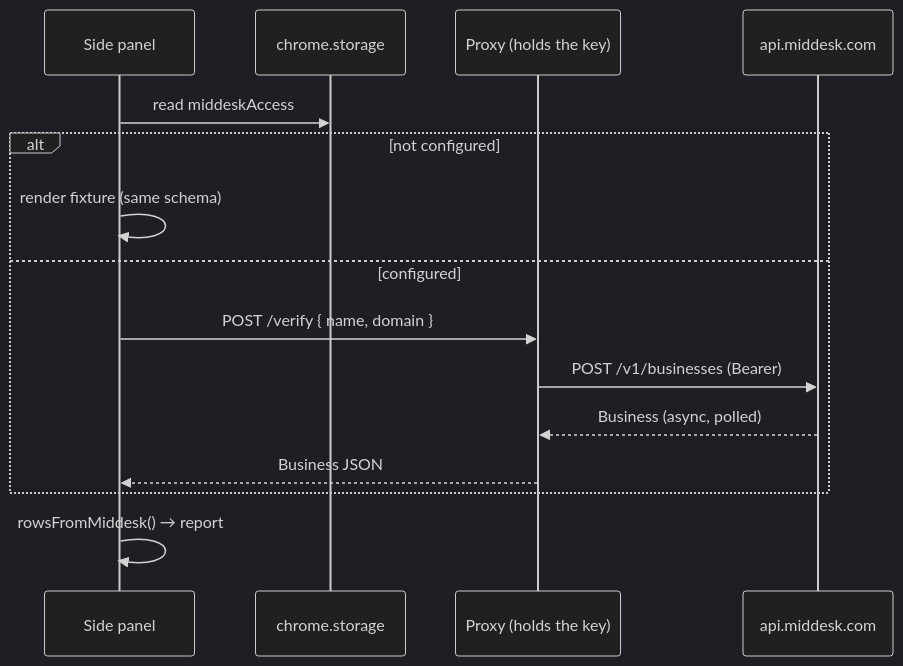
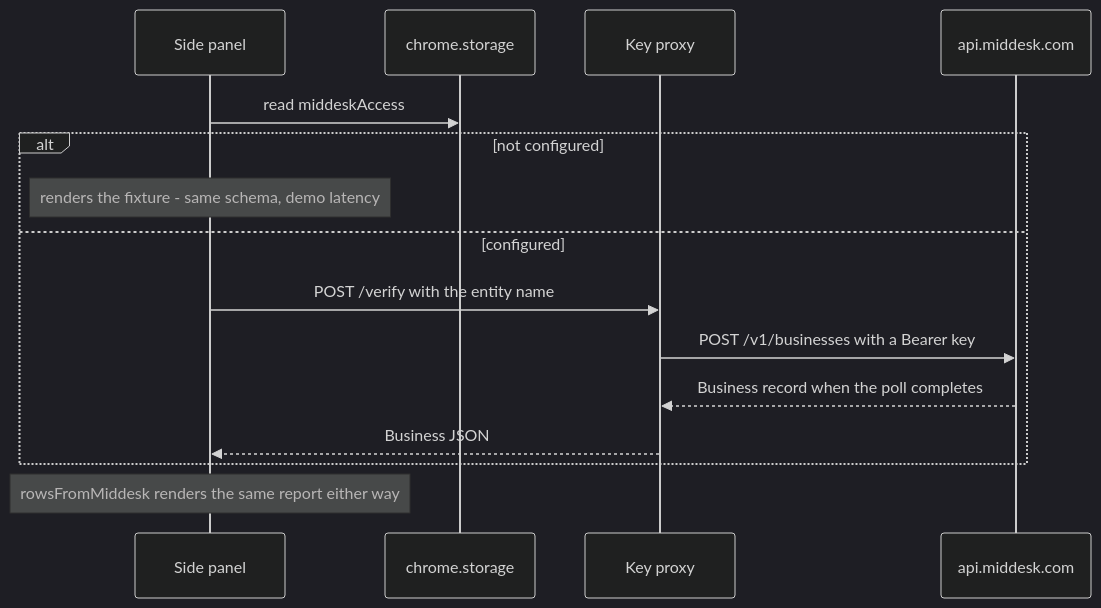
One commit to mindswim/kyb-chrome-ext changed the diagram in README.md. Above: the diagram before and after it, drawn with Mermaid (dark theme).

Commit message:
README: harden the mermaid block against GitHub's renderer
Same sequence, conservative syntax only - no braces or unicode in
message text, self-actions as Notes. GitHub's client-side mermaid
rendering fails intermittently on its own; this removes everything it
has ever been reported to trip on.

````diff
--- a/README.md
+++ b/README.md
@@ -50,17 +50,17 @@
 ```mermaid
 sequenceDiagram
-    participant P as Side panel
-    participant S as chrome.storage
-    participant X as Proxy (holds the key)
-    participant M as api.middesk.com
-    P->>S: read middeskAccess
+    participant Panel as Side panel
+    participant Storage as chrome.storage
+    participant Proxy as Key proxy
+    participant API as api.middesk.com
+    Panel->>Storage: read middeskAccess
     alt not configured
-        P->>P: render fixture (same schema)
+        Note over Panel: renders the fixture - same schema, demo latency
     else configured
-        P->>X: POST /verify { name, domain }
-        X->>M: POST /v1/businesses (Bearer)
-        M-->>X: Business (async, polled)
-        X-->>P: Business JSON
+        Panel->>Proxy: POST /verify with the entity name
+        Proxy->>API: POST /v1/businesses with a Bearer key
+        API-->>Proxy: Business record when the poll completes
+        Proxy-->>Panel: Business JSON
     end
-    P->>P: rowsFromMiddesk() → report
+    Note over Panel: rowsFromMiddesk renders the same report either way
 ```
````
